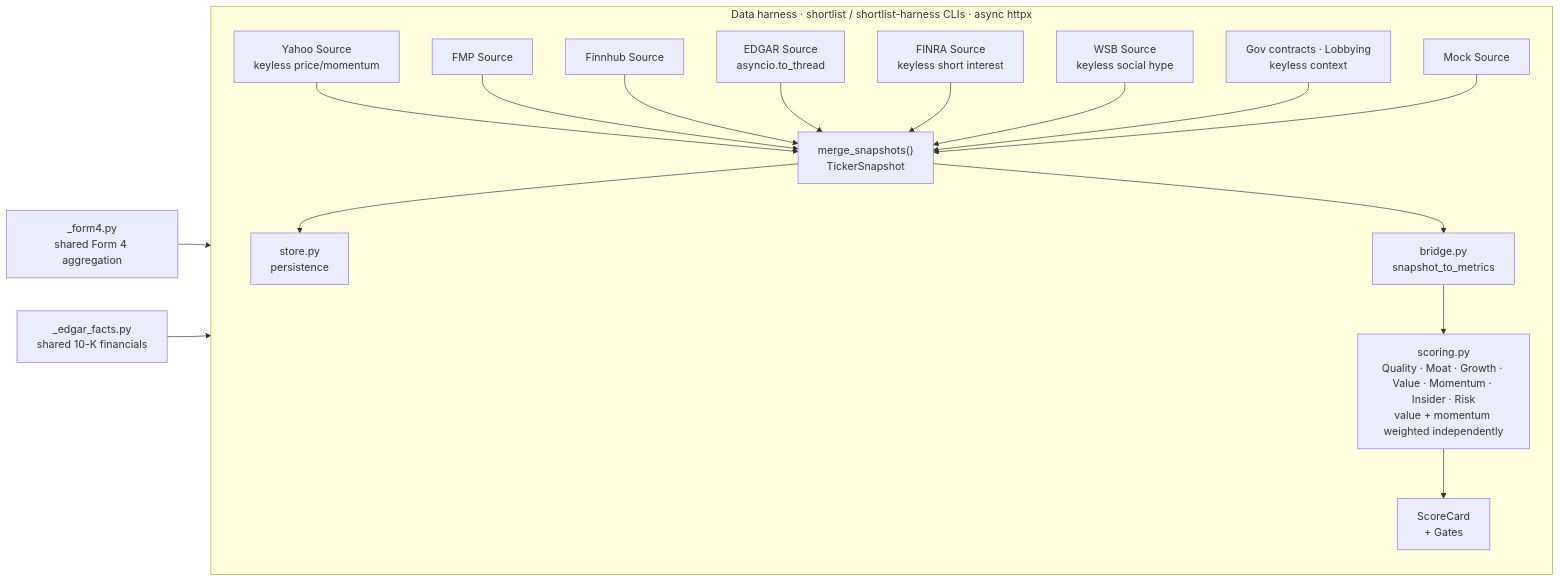
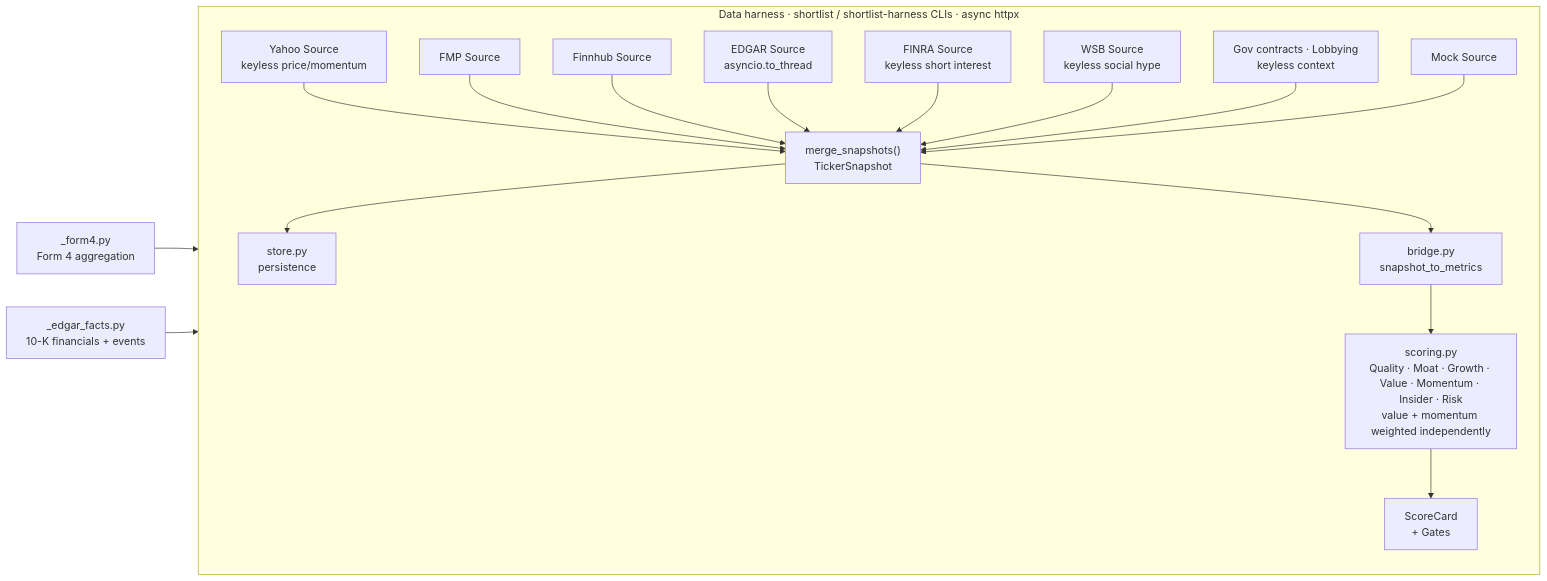
The diagram in HARNESS.md (christurgeon/shortlist), drawn with Mermaid before and after one commit. The commit also changed other lines of this file, not shown here.

````diff
--- a/HARNESS.md
+++ b/HARNESS.md
@@ -12,37 +12,37 @@
 ```mermaid
 flowchart LR
     subgraph harness ["Data harness  ·  shortlist / shortlist-harness CLIs  ·  async httpx"]
         direction TB
         HS0["Yahoo Source<br/>keyless price/momentum"]
         HS1["FMP Source"]
         HS2["Finnhub Source"]
         HS3["EDGAR Source<br/>asyncio.to_thread"]
         HS4["FINRA Source<br/>keyless short interest"]
         HS5["WSB Source<br/>keyless social hype"]
         HS6["Gov contracts · Lobbying<br/>keyless context"]
         HS7["Mock Source"]
         HM["merge_snapshots()<br/>TickerSnapshot"]
         BR["bridge.py<br/>snapshot_to_metrics"]
         SC["scoring.py<br/>Quality · Moat · Growth · Value · Momentum · Insider · Risk<br/>value + momentum weighted independently"]
         CARD["ScoreCard<br/>+ Gates"]
         STORE["store.py<br/>persistence"]
 
         HS0 --> HM
         HS1 --> HM
         HS2 --> HM
         HS3 --> HM
         HS4 --> HM
         HS5 --> HM
         HS6 --> HM
         HS7 --> HM
         HM --> STORE
         HM --> BR
         BR --> SC
         SC --> CARD
     end
 
-    F4["_form4.py<br/>shared Form 4 aggregation"]
-    EF["_edgar_facts.py<br/>shared 10-K financials"]
+    F4["_form4.py<br/>Form 4 aggregation"]
+    EF["_edgar_facts.py<br/>10-K financials + events"]
     F4 --> HS3
     EF --> HS3
 ```
````
